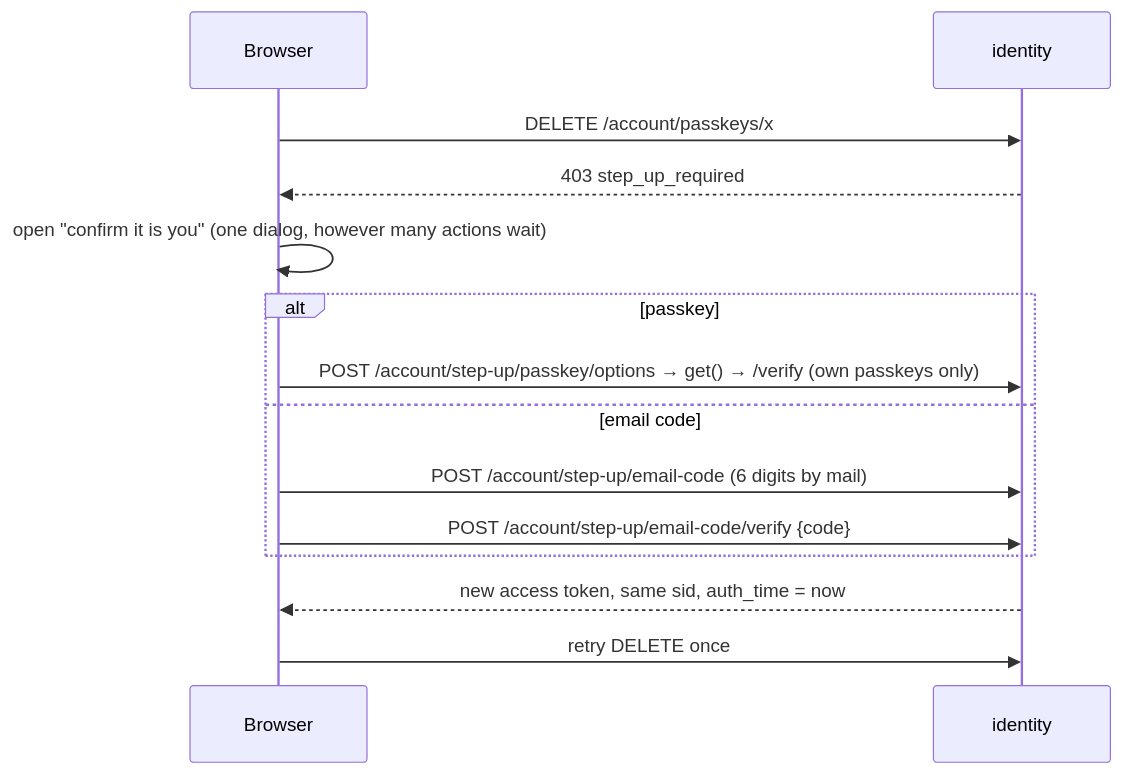
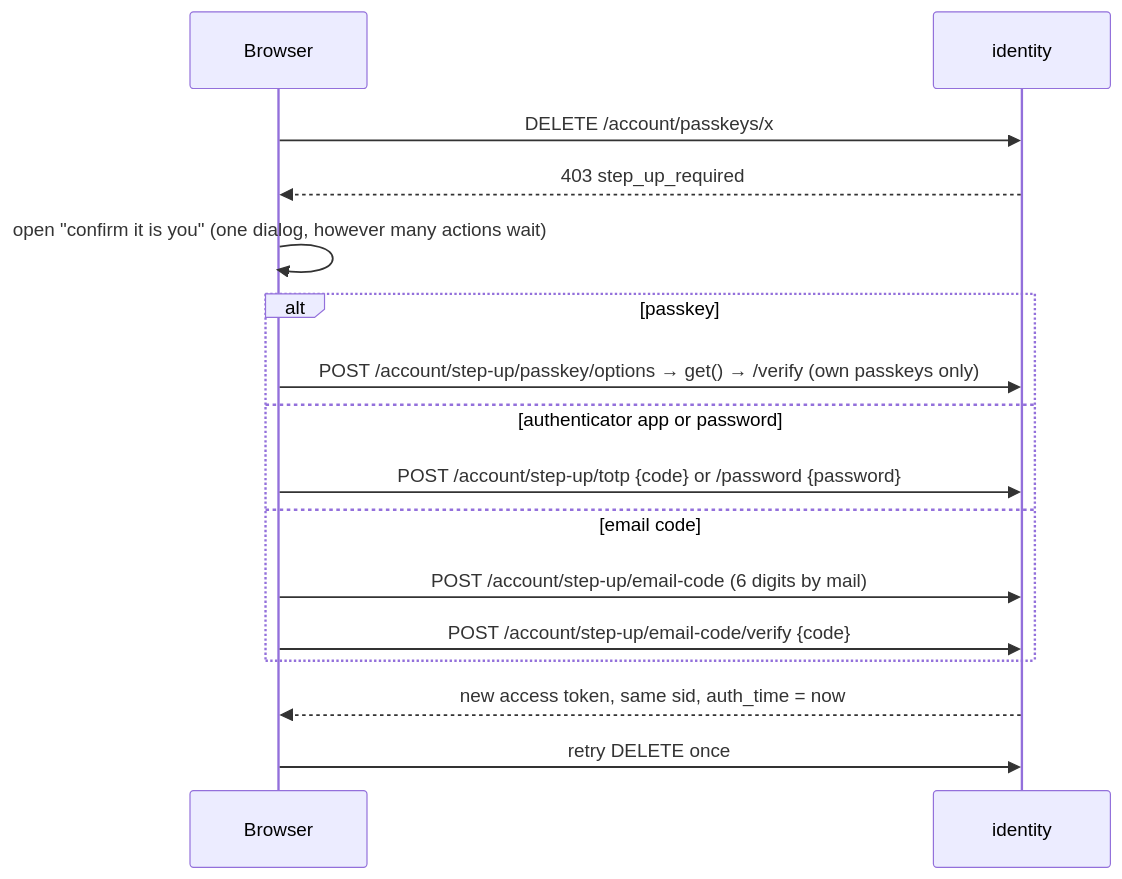
Before and after one commit to ninggiangboy/elysia-architecture: the seventh of 7 diagrams in docs/architecture/04-identity-and-sessions.md, drawn with Mermaid. The commit also changed other lines of this file and 71 other files, not shown here.

First line of the commit message:
feat(identity): password, email code, TOTP, OIDC providers, registration policy

````diff
--- a/docs/architecture/04-identity-and-sessions.md
+++ b/docs/architecture/04-identity-and-sessions.md
@@ -220,16 +321,18 @@
 ```mermaid
 sequenceDiagram
   participant B as Browser
   participant I as identity
   B->>I: DELETE /account/passkeys/x
   I-->>B: 403 step_up_required
   B->>B: open "confirm it is you" (one dialog, however many actions wait)
   alt passkey
     B->>I: POST /account/step-up/passkey/options → get() → /verify (own passkeys only)
+  else authenticator app or password
+    B->>I: POST /account/step-up/totp {code}  or  /password {password}
   else email code
     B->>I: POST /account/step-up/email-code (6 digits by mail)
     B->>I: POST /account/step-up/email-code/verify {code}
   end
   I-->>B: new access token, same sid, auth_time = now
   B->>I: retry DELETE once
 ```
````
